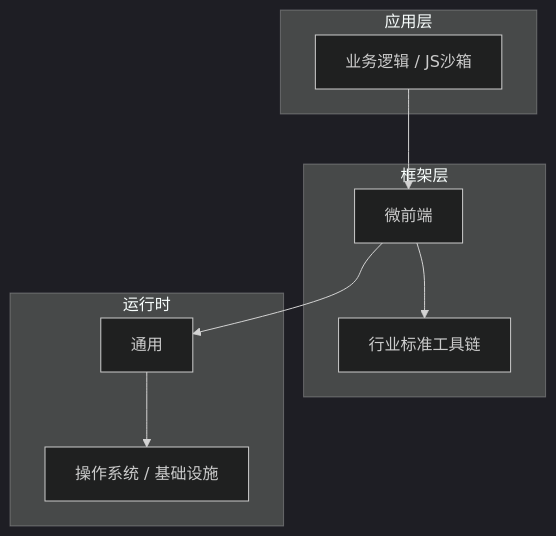
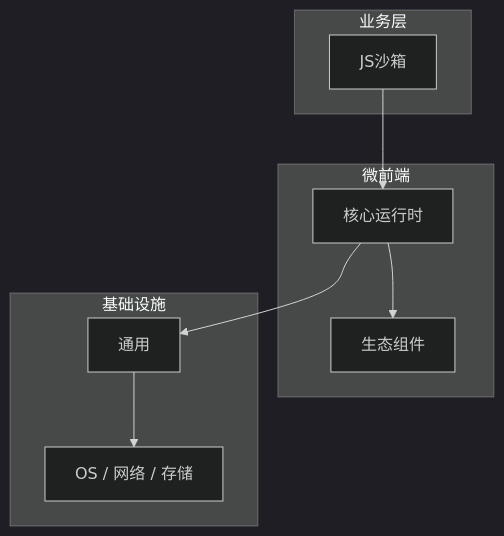
Before and after one commit to yanggan2015/knowledge-json-v2: the diagram in articles/微前端/chapters/043-JS沙箱核心概念与原理.md, drawn with Mermaid (dark theme). The commit also changed other lines of this file and 10127 other files, not shown here.

````diff
--- a/articles/微前端/chapters/043-JS沙箱核心概念与原理.md
+++ b/articles/微前端/chapters/043-JS沙箱核心概念与原理.md
@@ -45,18 +34,18 @@
 ```mermaid
 graph TB
-    subgraph 应用层
-        A[业务逻辑 / JS沙箱]
+    subgraph 业务层
+        A[JS沙箱]
     end
-    subgraph 框架层
-        B[微前端]
-        C[行业标准工具链]
+    subgraph 微前端
+        B[核心运行时]
+        C[生态组件]
     end
-    subgraph 运行时
+    subgraph 基础设施
         D[通用]
-        E[操作系统 / 基础设施]
+        E[OS / 网络 / 存储]
     end
     A --> B
     B --> C
     B --> D
     D --> E
 ```
````
